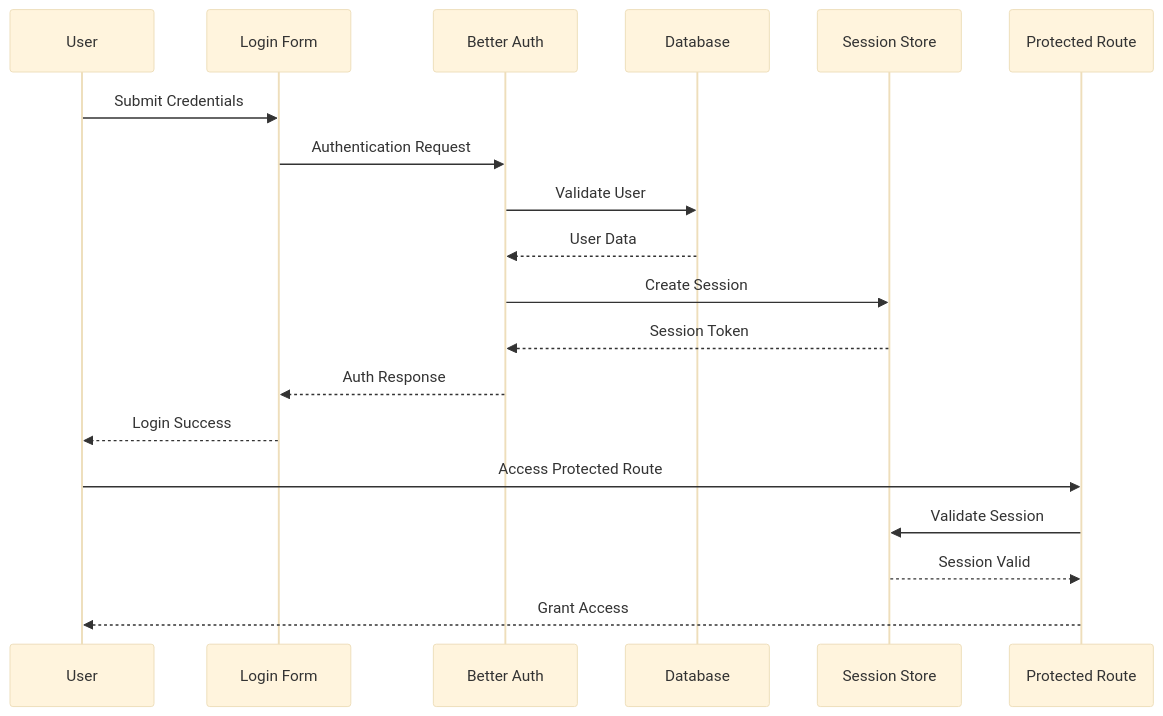
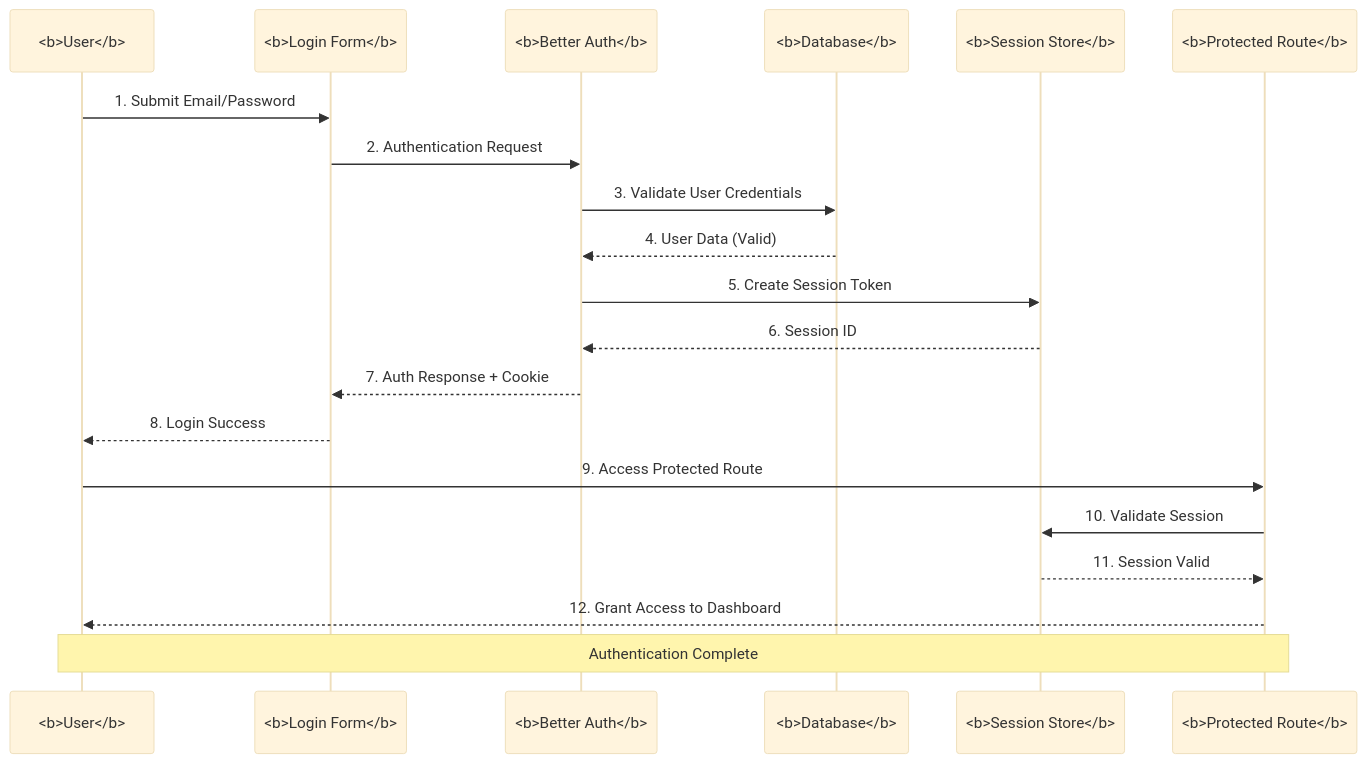
One commit to Nnadivictory25/farm-assist changed the fourth of 7 diagrams in docs/SYSTEM_DESIGN.md. Above: the diagram before and after it, drawn with Mermaid (base theme). The commit also changed other lines of this file and 1 other file, not shown here.

````diff
--- a/docs/SYSTEM_DESIGN.md
+++ b/docs/SYSTEM_DESIGN.md
@@ -403,22 +403,24 @@
 ```mermaid
 sequenceDiagram
-    participant U as User
-    participant L as Login Form
-    participant A as Better Auth
-    participant DB as Database
-    participant S as Session Store
-    participant R as Protected Route
+    participant U as <b>User</b>
+    participant L as <b>Login Form</b>
+    participant A as <b>Better Auth</b>
+    participant DB as <b>Database</b>
+    participant S as <b>Session Store</b>
+    participant R as <b>Protected Route</b>
 
-    U->>L: Submit Credentials
-    L->>A: Authentication Request
-    A->>DB: Validate User
-    DB-->>A: User Data
-    A->>S: Create Session
-    S-->>A: Session Token
-    A-->>L: Auth Response
-    L-->>U: Login Success
-    U->>R: Access Protected Route
-    R->>S: Validate Session
-    S-->>R: Session Valid
-    R-->>U: Grant Access
+    U->>L: 1. Submit Email/Password
+    L->>A: 2. Authentication Request
+    A->>DB: 3. Validate User Credentials
+    DB-->>A: 4. User Data (Valid)
+    A->>S: 5. Create Session Token
+    S-->>A: 6. Session ID
+    A-->>L: 7. Auth Response + Cookie
+    L-->>U: 8. Login Success
+    U->>R: 9. Access Protected Route
+    R->>S: 10. Validate Session
+    S-->>R: 11. Session Valid
+    R-->>U: 12. Grant Access to Dashboard
+
+    Note over U,R: Authentication Complete
 ```
````
